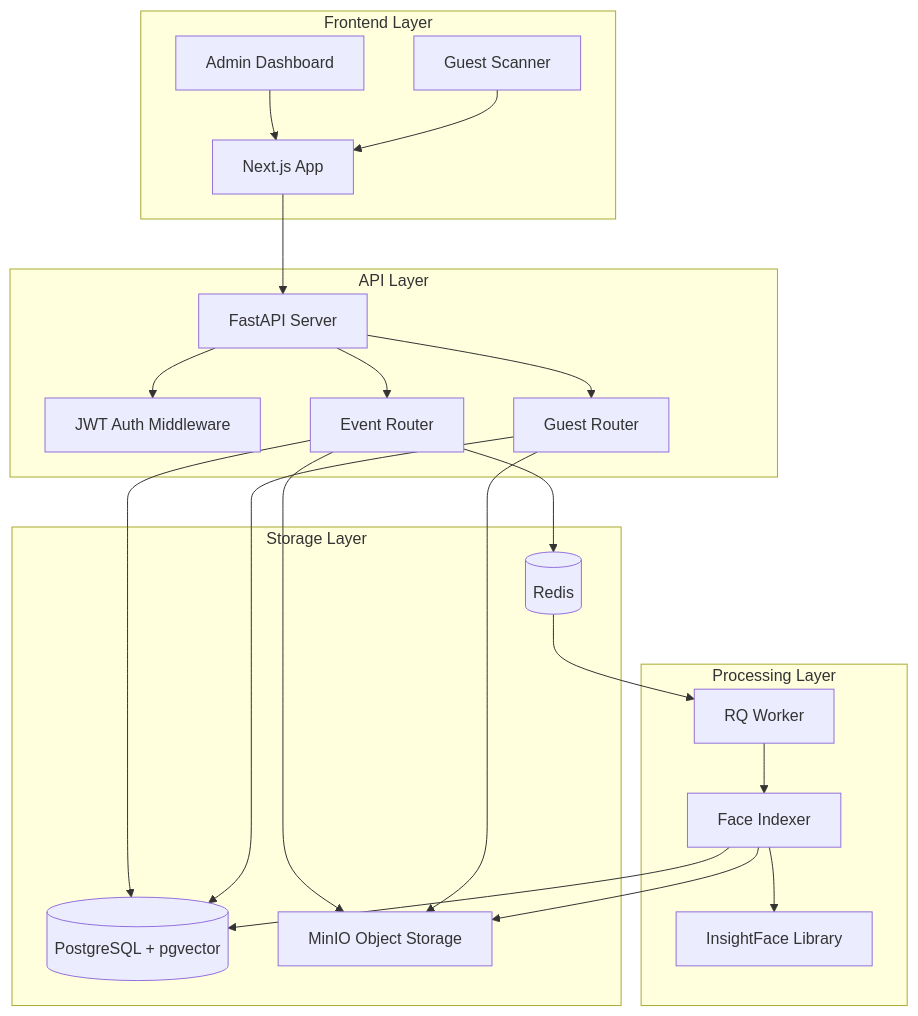
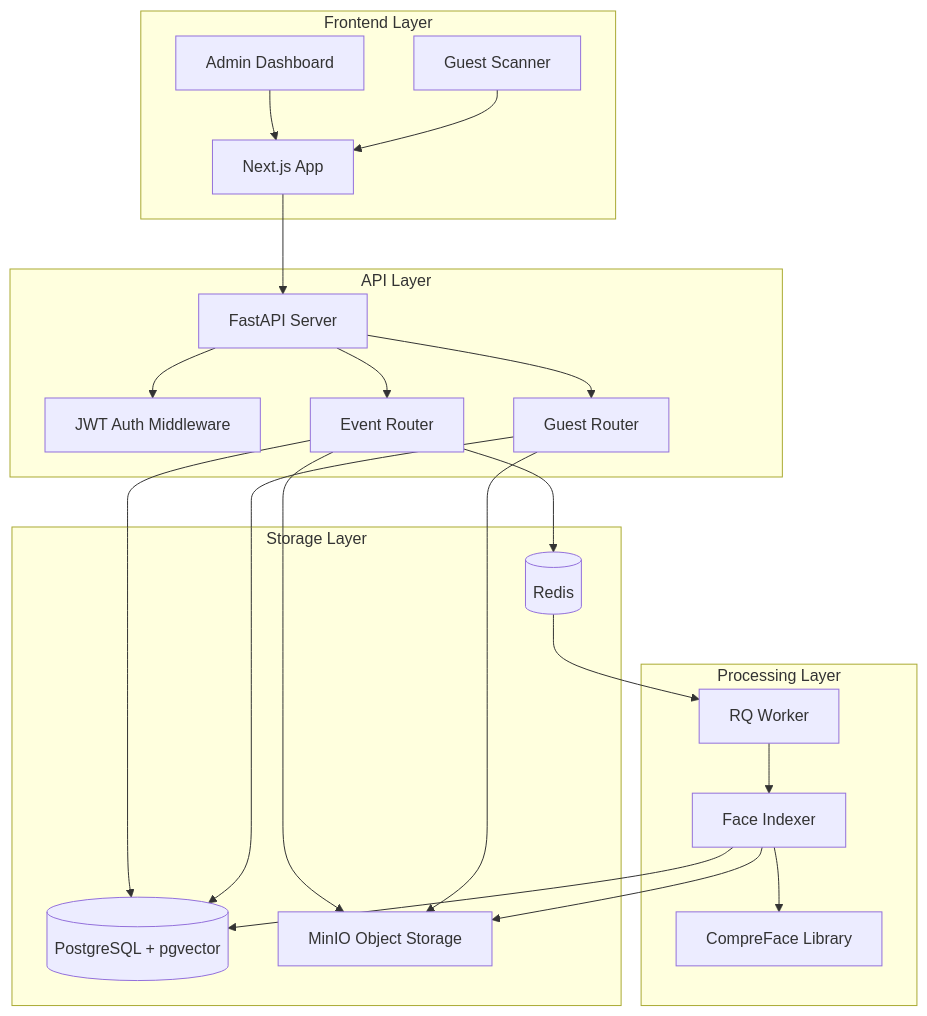
Before and after one commit to Arvindh95/ahgir: the first of 2 diagrams in .kiro/specs/picur/design.md, drawn with Mermaid. The commit also changed other lines of this file and 17 other files, not shown here.

First line of the commit message:
refactor: migrate face detection from InsightFace to CompreFace API

````diff
--- a/.kiro/specs/picur/design.md
+++ b/.kiro/specs/picur/design.md
@@ -23,48 +23,48 @@
 ```mermaid
 graph TB
     subgraph "Frontend Layer"
         NextJS[Next.js App]
         AdminUI[Admin Dashboard]
         GuestUI[Guest Scanner]
     end
     
     subgraph "API Layer"
         FastAPI[FastAPI Server]
         AuthMiddleware[JWT Auth Middleware]
         EventRouter[Event Router]
         GuestRouter[Guest Router]
     end
     
     subgraph "Storage Layer"
         Postgres[(PostgreSQL + pgvector)]
         MinIO[MinIO Object Storage]
         Redis[(Redis)]
     end
     
     subgraph "Processing Layer"
         RQWorker[RQ Worker]
         FaceIndexer[Face Indexer]
-        InsightFace[InsightFace Library]
+        CompreFace[CompreFace Library]
     end
     
     NextJS --> FastAPI
     AdminUI --> NextJS
     GuestUI --> NextJS
     
     FastAPI --> AuthMiddleware
     FastAPI --> EventRouter
     FastAPI --> GuestRouter
     
     EventRouter --> Postgres
     EventRouter --> MinIO
     EventRouter --> Redis
     
     GuestRouter --> Postgres
     GuestRouter --> MinIO
     
     Redis --> RQWorker
     RQWorker --> FaceIndexer
-    FaceIndexer --> InsightFace
+    FaceIndexer --> CompreFace
     FaceIndexer --> Postgres
     FaceIndexer --> MinIO
 ```
````
